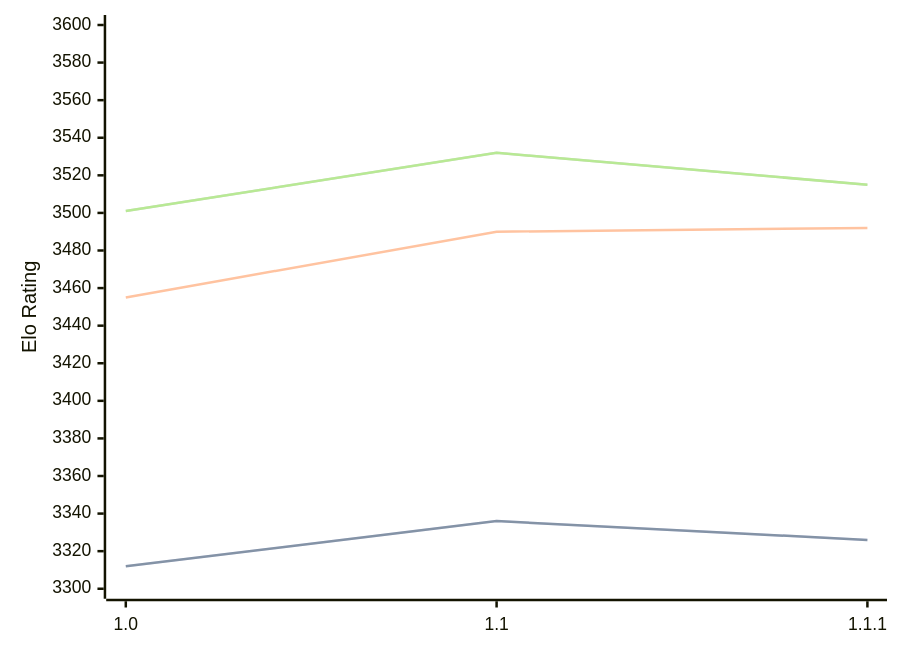
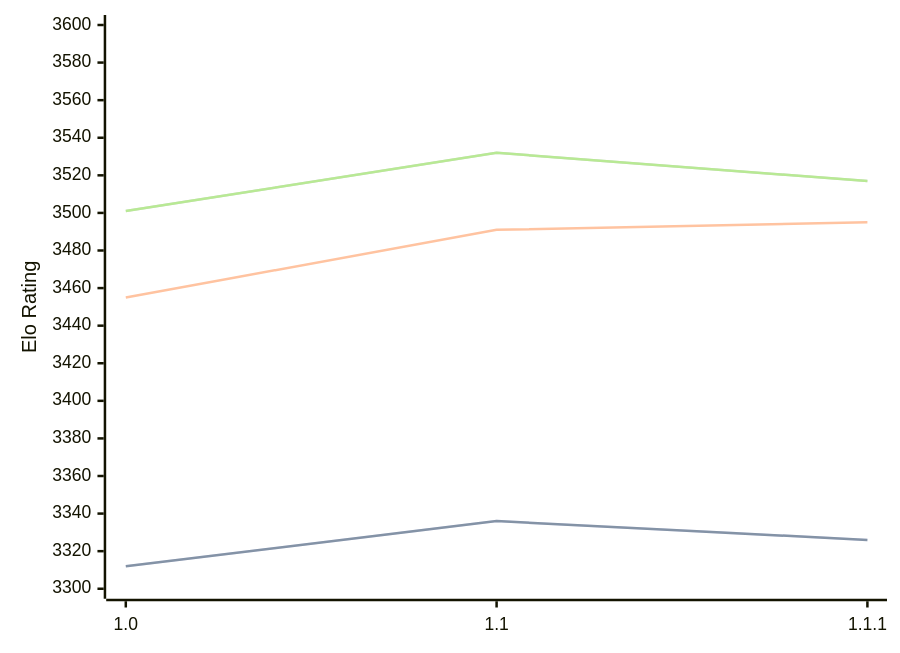
One commit to computer-chess-index/cci changed the diagram in engines/Icarus.md. Above: the diagram before and after it, drawn with Mermaid. The commit also changed other lines of this file, not shown here.

Commit message:
Update CCI Ratings (ELO VLTC) - 2026-08-24

````diff
--- a/engines/Icarus.md
+++ b/engines/Icarus.md
@@ -33,11 +33,11 @@
 ```mermaid
 %%{init: {"theme":"base","themeVariables":{"seriesColors:['#a3a3a3','#222221','#faa371']}}}%%
 xychart-beta
   x-axis ["1.0", "1.1", "1.1.1"]
   y-axis "Elo Rating" 3300 --> 3600
   line "STC (8.0+0.08s)" [3312, 3336, 3326]
   line "STC (8.0+0.08s)" [3312, 3336, 3326]
-  line "LTC (60.0+0.60s)" [3455, 3490, 3492]
-  line "VLTC (2m24s+1.12s)" [3501, 3532, 3515]
-  line "VLTC (2m24s+1.12s)" [3501, 3532, 3515]
+  line "LTC (60.0+0.60s)" [3455, 3491, 3495]
+  line "VLTC (2m24s+1.12s)" [3501, 3532, 3517]
+  line "VLTC (2m24s+1.12s)" [3501, 3532, 3517]
 ```
````
